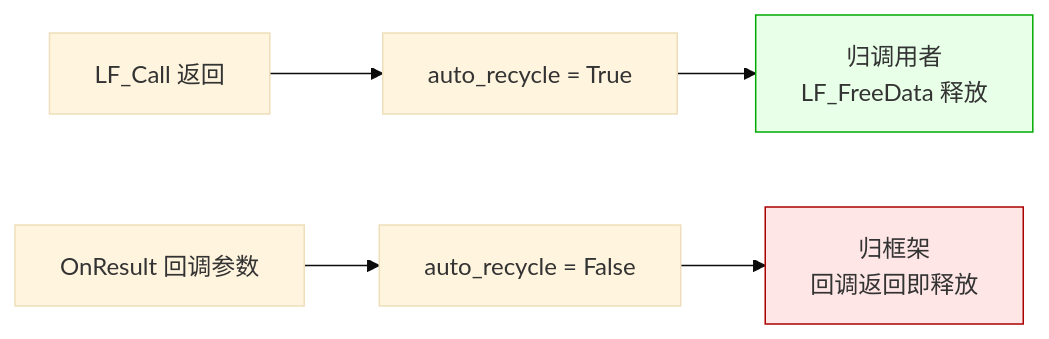
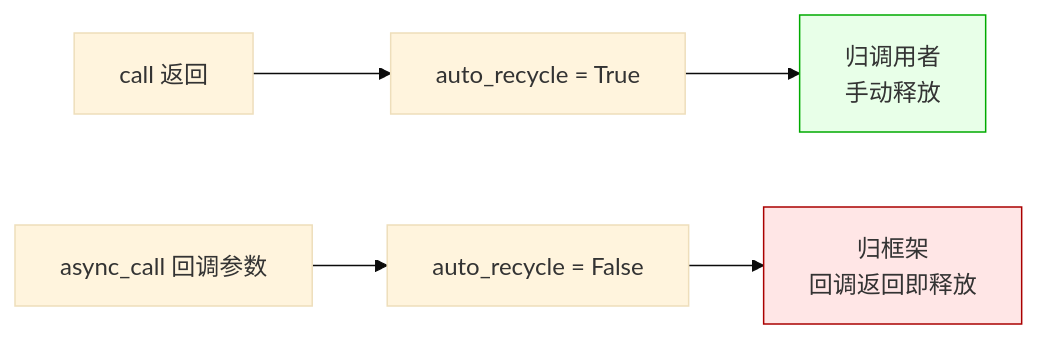
One commit to PassByYou888/LingoFuse changed the first of 3 diagrams in doc/LF_Handle_Ownership.md. Above: the diagram before and after it, drawn with Mermaid (base theme). The commit also changed other lines of this file, not shown here.

````diff
--- a/doc/LF_Handle_Ownership.md
+++ b/doc/LF_Handle_Ownership.md
@@ -19,11 +19,11 @@
 ```mermaid
 flowchart LR
-    A["LF_Call 返回"] --> B["auto_recycle = True"]
-    B --> C["归调用者<br/>LF_FreeData 释放"]
+    A["call 返回"] --> B["auto_recycle = True"]
+    B --> C["归调用者<br/>手动释放"]
 
-    D["OnResult 回调参数"] --> E["auto_recycle = False"]
+    D["async_call 回调参数"] --> E["auto_recycle = False"]
     E --> F["归框架<br/>回调返回即释放"]
 
     style C fill:#e8ffe8,stroke:#0a0
     style F fill:#ffe6e6,stroke:#a00
 ```
````
